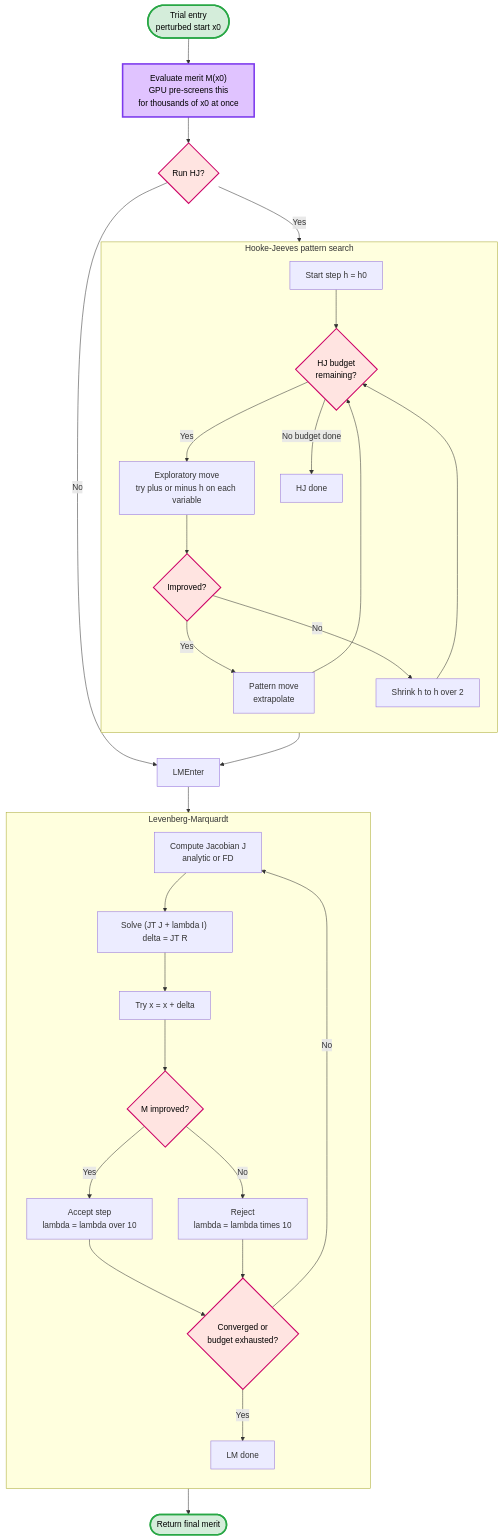
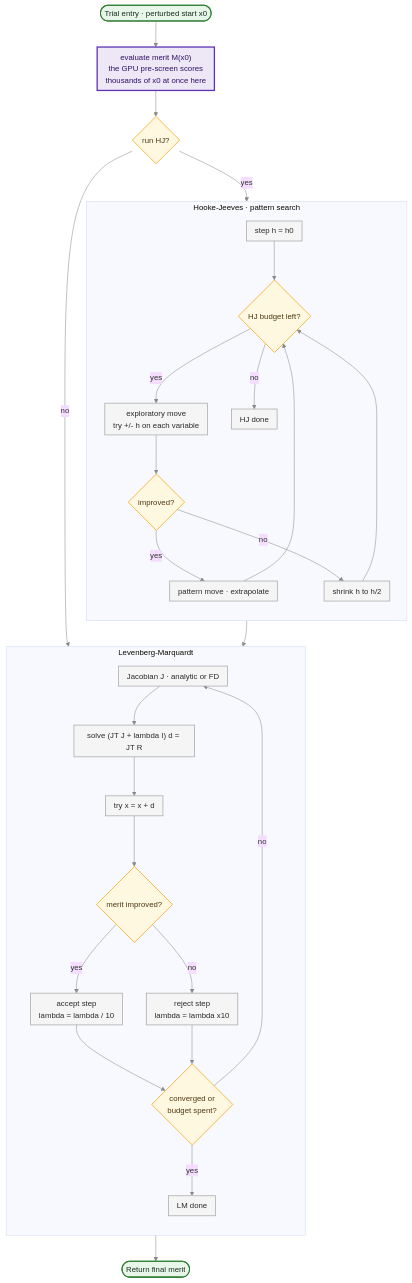
Before and after one commit to SynapseOptics/LensHH-LT: the diagram in docs/build/diagrams/2_hj_lm.mmd, drawn with Mermaid. The commit also changed 12 other files, not shown here.

First line of the commit message:
Docs: 1.0.146 optimizer settings, refreshed flow diagrams, CHANGELOG

```diff
--- a/docs/build/diagrams/2_hj_lm.mmd
+++ b/docs/build/diagrams/2_hj_lm.mmd
@@ -1,37 +1,54 @@
+---
+config:
+  theme: base
+  flowchart:
+    curve: basis
+    nodeSpacing: 46
+    rankSpacing: 50
+    padding: 8
+  themeVariables:
+    fontFamily: "Segoe UI, Helvetica, Arial, sans-serif"
+    fontSize: 15px
+    lineColor: "#8a8a8a"
+---
 flowchart TD
-    Enter(["Trial entry<br>perturbed start x0"]) --> Eval0["Evaluate merit M(x0)<br>GPU pre-screens this<br>for thousands of x0 at once"]
-    Eval0 --> HJDec{"Run HJ?"}
-    HJDec -- Yes --> HJ
-    HJDec -- No --> LMEnter
-    subgraph HJ["Hooke-Jeeves pattern search"]
-        direction TB
-        H1["Start step h = h0"] --> H2{"HJ budget<br>remaining?"}
-        H2 -- Yes --> H3["Exploratory move<br>try plus or minus h on each variable"]
-        H3 --> H4{"Improved?"}
-        H4 -- Yes --> H5["Pattern move<br>extrapolate"]
-        H4 -- No --> H6["Shrink h to h over 2"]
-        H5 --> H2
-        H6 --> H2
-        H2 -- "No budget done" --> HJExit["HJ done"]
+    Enter(["Trial entry &middot; perturbed start x0"]) --> Eval0["evaluate merit M(x0)<br/>the GPU pre-screen scores<br/>thousands of x0 at once here"]
+    Eval0 --> HJDec{"run HJ?"}
+    HJDec -- yes --> HJ
+    HJDec -- no --> LM
+
+    subgraph HJ["Hooke-Jeeves &middot; pattern search"]
+      direction TB
+      H1["step h = h0"] --> H2{"HJ budget left?"}
+      H2 -- yes --> H3["exploratory move<br/>try +/- h on each variable"]
+      H3 --> H4{"improved?"}
+      H4 -- yes --> H5["pattern move &middot; extrapolate"]
+      H4 -- no --> H6["shrink h to h/2"]
+      H5 --> H2
+      H6 --> H2
+      H2 -- no --> HJExit["HJ done"]
     end
-    HJ --> LMEnter
+    HJ --> LM
+
     subgraph LM["Levenberg-Marquardt"]
-        direction TB
-        L1["Compute Jacobian J<br>analytic or FD"] --> L2["Solve (JT J + lambda I) delta = JT R"]
-        L2 --> L3["Try x = x + delta"]
-        L3 --> L4{"M improved?"}
-        L4 -- Yes --> L5["Accept step<br>lambda = lambda over 10"]
-        L4 -- No --> L6["Reject<br>lambda = lambda times 10"]
-        L5 --> L7{"Converged or<br>budget exhausted?"}
-        L6 --> L7
-        L7 -- No --> L1
-        L7 -- Yes --> LMExit["LM done"]
+      direction TB
+      L1["Jacobian J &middot; analytic or FD"] --> L2["solve (JT J + lambda I) d = JT R"]
+      L2 --> L3["try x = x + d"]
+      L3 --> L4{"merit improved?"}
+      L4 -- yes --> L5["accept step<br/>lambda = lambda / 10"]
+      L4 -- no --> L6["reject step<br/>lambda = lambda x10"]
+      L5 --> L7{"converged or<br/>budget spent?"}
+      L6 --> L7
+      L7 -- no --> L1
+      L7 -- yes --> LMExit["LM done"]
     end
-    LMEnter --> LM
-    LM --> ReturnMerit(["Return final merit"])
-    classDef decision fill:#ffe4e1,stroke:#cc0066,stroke-width:2px,color:#000
-    classDef terminal fill:#d4edda,stroke:#28a745,stroke-width:3px,color:#000
-    classDef highlight fill:#e0c3ff,stroke:#7c3aed,stroke-width:3px,color:#000
-    class HJDec,H2,H4,L4,L7 decision
-    class Enter,ReturnMerit terminal
-    class Eval0 highlight
+    LM --> Return(["Return final merit"])
+
+    classDef term  fill:#e8f5e9,stroke:#2e7d32,stroke-width:2px,color:#14311b
+    classDef dec   fill:#fff8e1,stroke:#f6a821,stroke-width:1.5px,color:#4a3610
+    classDef work  fill:#f5f5f5,stroke:#adadad,stroke-width:1.5px,color:#2a2a2a
+    classDef gpu   fill:#ede7f6,stroke:#5e35b1,stroke-width:2.5px,color:#2e1065
+    class Enter,Return term
+    class HJDec,H2,H4,L4,L7 dec
+    class H1,H3,H5,H6,HJExit,L1,L2,L3,L5,L6,LMExit work
+    class Eval0 gpu
```
